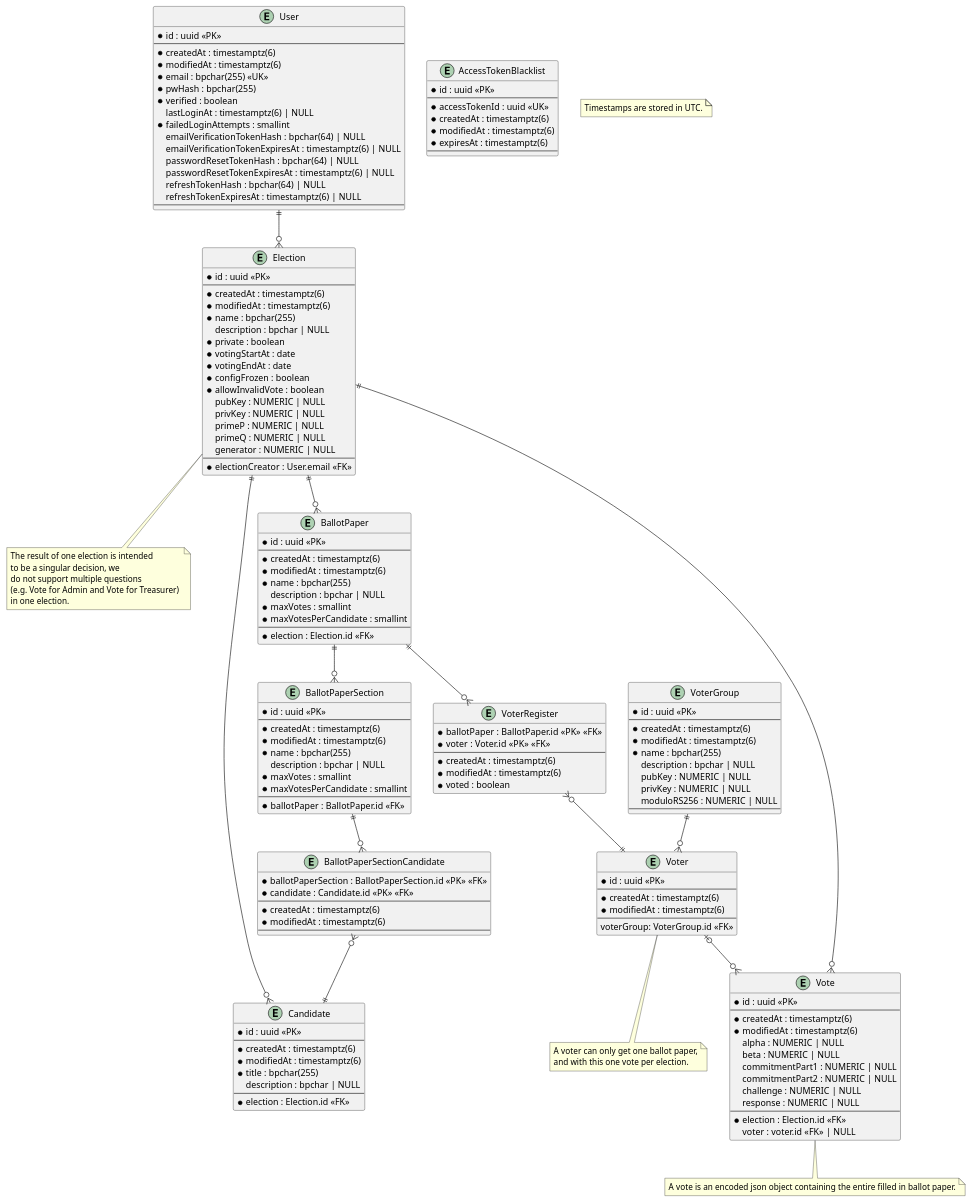
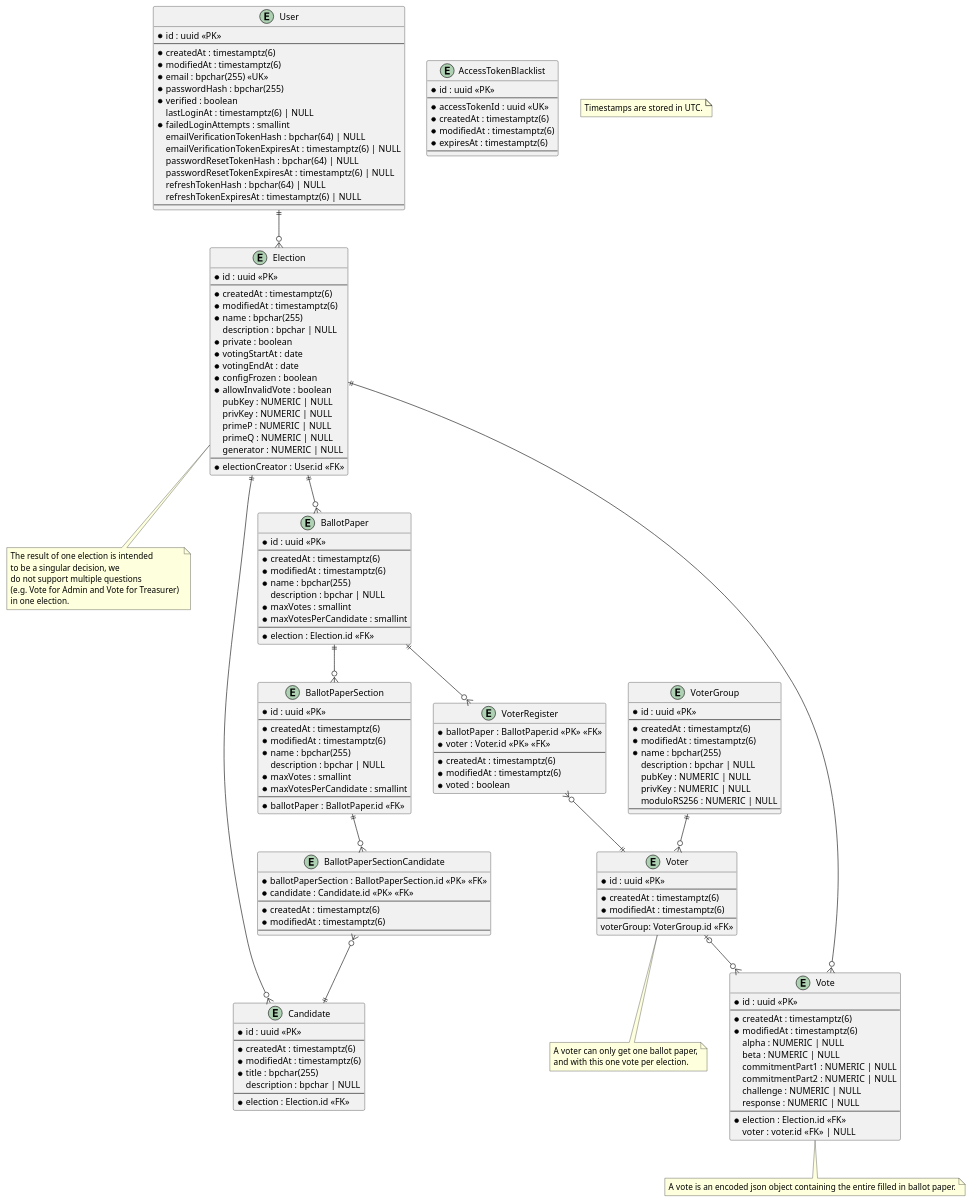
Before and after one commit to SE-UUlm/votura: the diagram in apps/docs/static/uml/dataModel.puml, drawn with PlantUML. The commit also changed 1 other file, not shown here.

```diff
--- a/apps/docs/static/uml/dataModel.puml
+++ b/apps/docs/static/uml/dataModel.puml
@@ -1,195 +1,195 @@
 @startuml dataModel
 
 entity "User" as user {
     * id : uuid <<PK>>
     --
     * createdAt : timestamptz(6)
     * modifiedAt : timestamptz(6)
     * email : bpchar(255) <<UK>>
-    * pwHash : bpchar(255)
+    * passwordHash : bpchar(255)
     * verified : boolean
     lastLoginAt : timestamptz(6) | NULL
     ' failed login attempts get reset on successful login
     * failedLoginAttempts : smallint
     emailVerificationTokenHash : bpchar(64) | NULL
     emailVerificationTokenExpiresAt : timestamptz(6) | NULL
     passwordResetTokenHash : bpchar(64) | NULL
     passwordResetTokenExpiresAt : timestamptz(6) | NULL
     refreshTokenHash : bpchar(64) | NULL
     refreshTokenExpiresAt : timestamptz(6) | NULL
     --
 }
 
 entity "AccessTokenBlacklist" as jwtBlacklist {
     ' this table is used to store blacklisted access tokens
     ' The jti is 36 characters long if we use UUIDv4
     * id : uuid <<PK>>
     --
     * accessTokenId : uuid <<UK>>
     * createdAt : timestamptz(6)
     * modifiedAt : timestamptz(6)
     * expiresAt : timestamptz(6)
     --
 }
 
 entity "Election" as elections {
     * id : uuid <<PK>>
     --
     * createdAt : timestamptz(6)
     * modifiedAt : timestamptz(6)
     * name : bpchar(255)
     description : bpchar | NULL
     * private : boolean
     * votingStartAt : date
     * votingEndAt : date
     * configFrozen : boolean
     * allowInvalidVote : boolean
     ' Is there a use case for `votesCounted`?
     ' * votesCounted : boolean
     ' Computed values such as validVotes and invalidVotes are critical - do we really want to store them?
     ' validVotes : integer | NULL
     ' invalidVotes : integer | NULL
     pubKey : NUMERIC | NULL
     privKey : NUMERIC | NULL
     primeP : NUMERIC | NULL
     primeQ : NUMERIC | NULL
     generator : NUMERIC | NULL
     --
-    * electionCreator : User.email <<FK>>
+    * electionCreator : User.id <<FK>>
 }
 
 note as N2
 The result of one election is intended 
 to be a singular decision, we 
 do not support multiple questions 
 (e.g. Vote for Admin and Vote for Treasurer) 
 in one election.
 end note
 
 entity "BallotPaper" as ballotPapers {
     * id : uuid <<PK>>
     --
     * createdAt : timestamptz(6)
     * modifiedAt : timestamptz(6)
     * name : bpchar(255)
     description : bpchar | NULL
     * maxVotes : smallint
     * maxVotesPerCandidate : smallint
     --
     * election : Election.id <<FK>>
 }
 
 entity "BallotPaperSection" as ballotPaperSections {
     * id : uuid <<PK>>
     --
     * createdAt : timestamptz(6)
     * modifiedAt : timestamptz(6)
     * name : bpchar(255)
     description : bpchar | NULL
     * maxVotes : smallint
     * maxVotesPerCandidate : smallint
     --
     * ballotPaper : BallotPaper.id <<FK>>
 }
 ' note as C_2
 ' If at least two ballotPaperSections are created for one ballotPaper, 
 ' the name field of the ballotPaperSections is mandatory.
 ' end note
 
 entity "BallotPaperSectionCandidate" as ballotPaperSectionCandidates {
     * ballotPaperSection : BallotPaperSection.id <<PK>> <<FK>>
     * candidate : Candidate.id <<PK>> <<FK>>
     --
     * createdAt : timestamptz(6)
     * modifiedAt : timestamptz(6)
     --
 }
 
 entity "Candidate" as candidates {
     * id : uuid <<PK>>
     --
     * createdAt : timestamptz(6)
     * modifiedAt : timestamptz(6)
     * title : bpchar(255)
     description : bpchar | NULL
     --
     * election : Election.id <<FK>>
 }
 
 entity "Vote" as votes {
     * id : uuid <<PK>>
     --
     * createdAt : timestamptz(6)
     * modifiedAt : timestamptz(6)
     alpha : NUMERIC | NULL
     beta : NUMERIC | NULL
     commitmentPart1 : NUMERIC | NULL
     commitmentPart2 : NUMERIC | NULL
     challenge : NUMERIC | NULL
     response : NUMERIC | NULL
     --
     * election : Election.id <<FK>>
     ' if the vote isn't secret, voter can be saved
     voter : voter.id <<FK>> | NULL
 }
 note as N4
 A vote is an encoded json object containing the entire filled in ballot paper.
 end note
 
 entity "VoterRegister" as voterRegisters {
     * ballotPaper : BallotPaper.id <<PK>> <<FK>>
     * voter : Voter.id <<PK>> <<FK>>
     --
     * createdAt : timestamptz(6)
     * modifiedAt : timestamptz(6)
     * voted : boolean
 }
 
 entity "Voter" as voters {
     * id : uuid <<PK>>
     --
     * createdAt : timestamptz(6)
     * modifiedAt : timestamptz(6)
     --
     voterGroup: VoterGroup.id <<FK>>
 }
 note as N3
 A voter can only get one ballot paper,
 and with this one vote per election.
 end note
 
 entity "VoterGroup" as voterGroups {
     * id : uuid <<PK>>
     --
     * createdAt : timestamptz(6)
     * modifiedAt : timestamptz(6)
     * name : bpchar(255)
     description : bpchar | NULL
     pubKey : NUMERIC | NULL
     privKey : NUMERIC | NULL
     moduloRS256 : NUMERIC | NULL
     --
 }
 
 note as N1
 Timestamps are stored in UTC.
 end note
 
 user ||--o{ elections
 elections ||--o{ ballotPapers
 elections -- N2
 elections ||--o{ candidates
 ballotPapers ||--o{ voterRegisters
 voterRegisters }o--|| voters
 ballotPapers ||--o{ ballotPaperSections
 ' ballotPaperSections -- C_2
 ballotPaperSections ||--o{ ballotPaperSectionCandidates
 ballotPaperSectionCandidates }o--|| candidates
 votes }o--|| elections
 voters |o--o{ votes
 voterGroups ||--o{ voters
 voters -- N3
 votes -- N4
 
 
 @enduml
```
